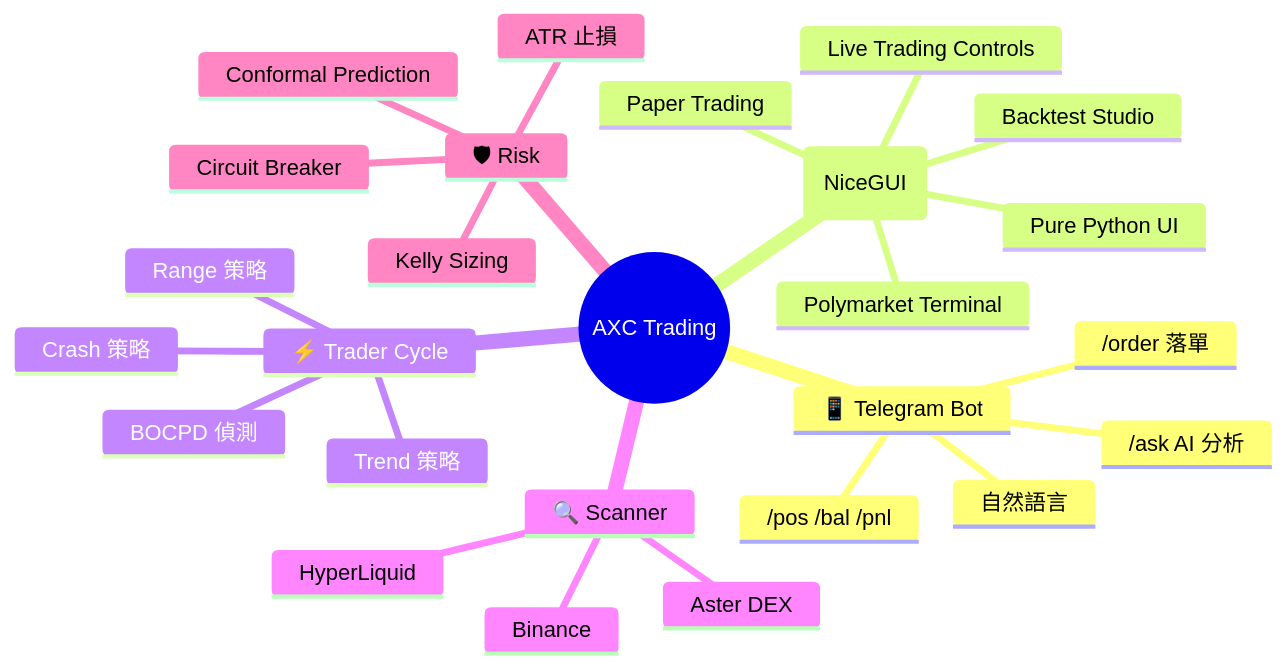
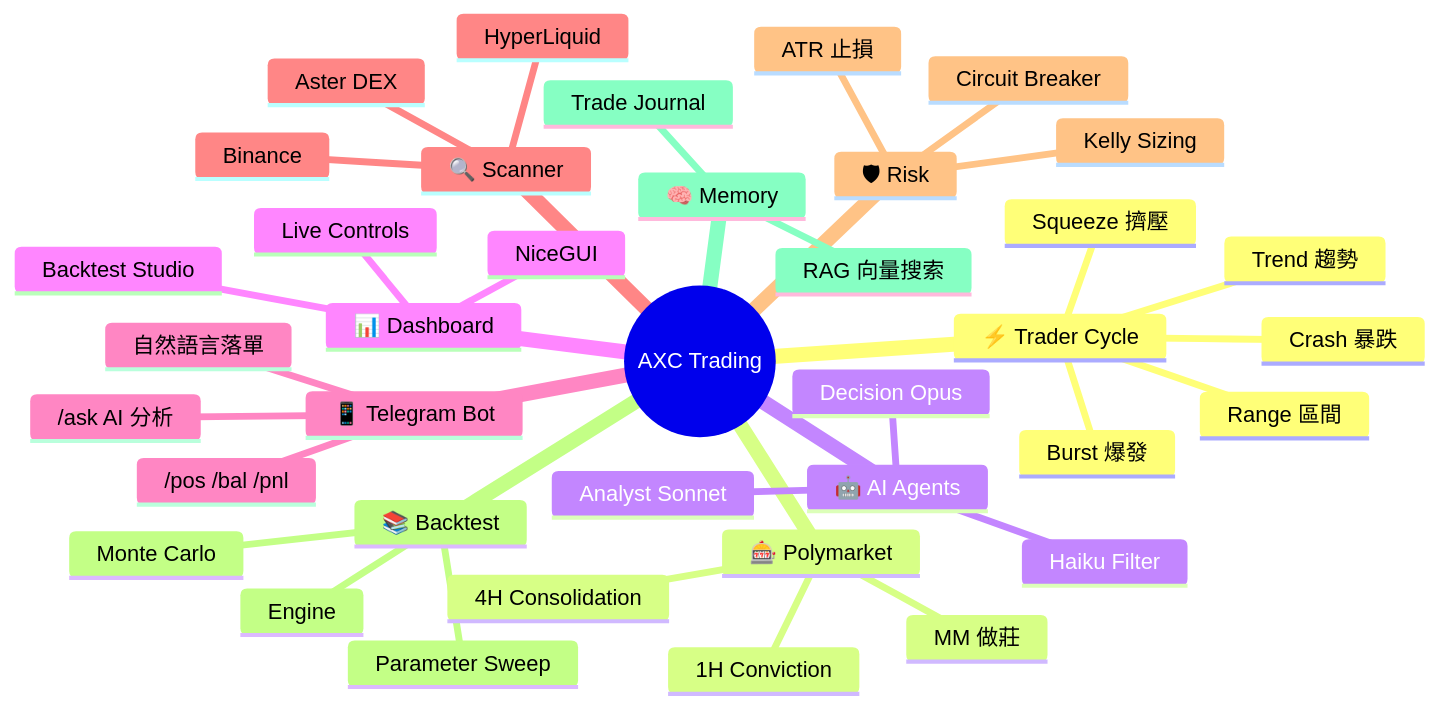
Before and after one commit to Will-852/AXC-TradingBot: the first of 5 diagrams in README.md, drawn with Mermaid. The commit also changed other lines of this file and 2 other files, not shown here.

Commit message:
feat: architecture docs overhaul — auto-gen script, 7 SVG diagrams, README update
- Add gen_architecture.py: auto-generates ARCHITECTURE_AUTO.md (0.4s, 6 sections)
- Add ARCHITECTURE_NOTES.md: manual danger zones + teaching content
- Remake all 7 SVG diagrams with Mermaid sources in docs/architecture/mermaid/
- New diagrams: boundary-map, mm-trade-flow, agent-pipeline
- Update README mindmap + flow chart to include Polymarket, AI Agents, Memory
- Archive docs/analysis-20260310/ (stale 2026-03-10 snapshot)
- Fix ARCHITECTURE.md diagram index table

````diff
--- a/README.md
+++ b/README.md
@@ -37,29 +37,41 @@
 ```mermaid
 mindmap
   root((AXC Trading))
+    ⚡ Trader Cycle
+      Trend 趨勢
+      Range 區間
+      Crash 暴跌
+      Squeeze 擠壓
+      Burst 爆發
+    🎰 Polymarket
+      MM 做莊
+      1H Conviction
+      4H Consolidation
+    🤖 AI Agents
+      Haiku Filter
+      Analyst Sonnet
+      Decision Opus
+    📊 Dashboard
+      NiceGUI
+      Live Controls
+      Backtest Studio
     📱 Telegram Bot
       /pos /bal /pnl
-      /order 落單
       /ask AI 分析
-      自然語言
-    📊 Dashboard (NiceGUI)
-      Pure Python UI
-      Live Trading Controls
-      Backtest Studio
-      Polymarket Terminal
-      Paper Trading
-    ⚡ Trader Cycle
-      Range 策略
-      Trend 策略
-      Crash 策略
-      BOCPD 偵測
+      自然語言落單
     🔍 Scanner
       Aster DEX
       Binance
       HyperLiquid
     🛡 Risk
       ATR 止損
-      Conformal Prediction
+      Kelly Sizing
       Circuit Breaker
-      Kelly Sizing
+    📚 Backtest
+      Engine
+      Parameter Sweep
+      Monte Carlo
+    🧠 Memory
+      RAG 向量搜索
+      Trade Journal
 ```
````
